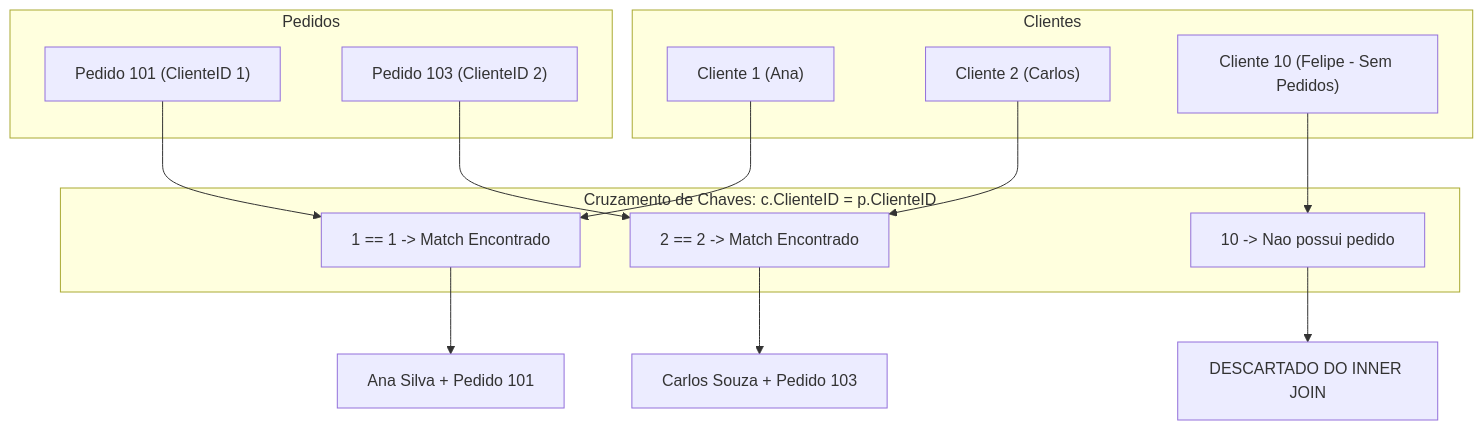
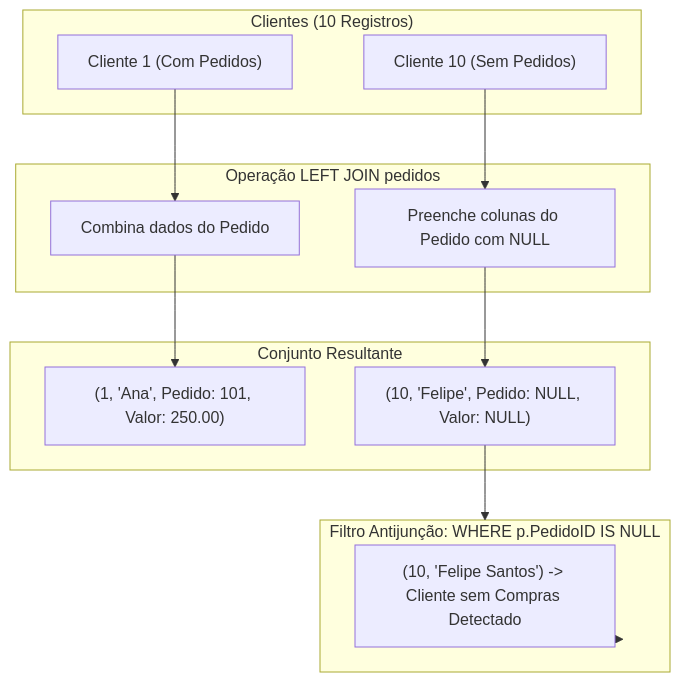
One commit to murilolol/unifef changed diagram 11 of 12 in 3º Semestre/[Prof. Guilherme de Morais] Banco de Dados II/Resumos-IA/Simulados-Comentados.md. Above: the diagram before and after it, drawn with Mermaid. The commit also changed other lines of this file and 40 other files, not shown here.

````diff
--- a/3º Semestre/[Prof. Guilherme de Morais] Banco de Dados II/Resumos-IA/Simulados-Comentados.md
+++ b/3º Semestre/[Prof. Guilherme de Morais] Banco de Dados II/Resumos-IA/Simulados-Comentados.md
@@ -1101,29 +1112,25 @@
 ```mermaid
 flowchart TD
-  subgraph Tabela_A["Clientes"]
-    A1["Cliente 1 (Ana)"]
-    A2["Cliente 2 (Carlos)"]
-    A10["Cliente 10 (Felipe - Sem Pedidos)"]
-  end
+    subgraph Tabela_Esquerda["Clientes (10 Registros)"]
+        C1["Cliente 1 (Com Pedidos)"]
+        C10["Cliente 10 (Sem Pedidos)"]
+    end
 
-  subgraph Algoritmo["Cruzamento de Chaves: c.ClienteID = p.ClienteID"]
-    C1["1 == 1 -> Match Encontrado"]
-    C2["2 == 2 -> Match Encontrado"]
-    C10["10 -> Nao possui pedido"]
-  end
+    subgraph Processamento_Left["Operação LEFT JOIN pedidos"]
+        M1["Combina dados do Pedido"]
+        M2["Preenche colunas do Pedido com NULL"]
+    end
 
-  subgraph Tabela_B["Pedidos"]
-    B1["Pedido 101 (ClienteID 1)"]
-    B2["Pedido 103 (ClienteID 2)"]
-  end
+    subgraph Saida_Left["Conjunto Resultante"]
+        R1["(1, 'Ana', Pedido: 101, Valor: 250.00)"]
+        R2["(10, 'Felipe', Pedido: NULL, Valor: NULL)"]
+    end
 
-  A1 --> C1
-  B1 --> C1
-  A2 --> C2
-  B2 --> C2
-  A10 --> C10
+    subgraph Filtro_Antijuncao["Filtro Antijunção: WHERE p.PedidoID IS NULL"]
+        Final["(10, 'Felipe Santos') -> Cliente sem Compras Detectado"]
+    end
 
-  C1 --> R1["Ana Silva + Pedido 101"]
-  C2 --> R2["Carlos Souza + Pedido 103"]
-  C10 --> Descarte["DESCARTADO DO INNER JOIN"]
+    C1 --> M1 --> R1
+    C10 --> M2 --> R2
+    R2 --> Filtro_Antijuncao --> Final
 ```
````
